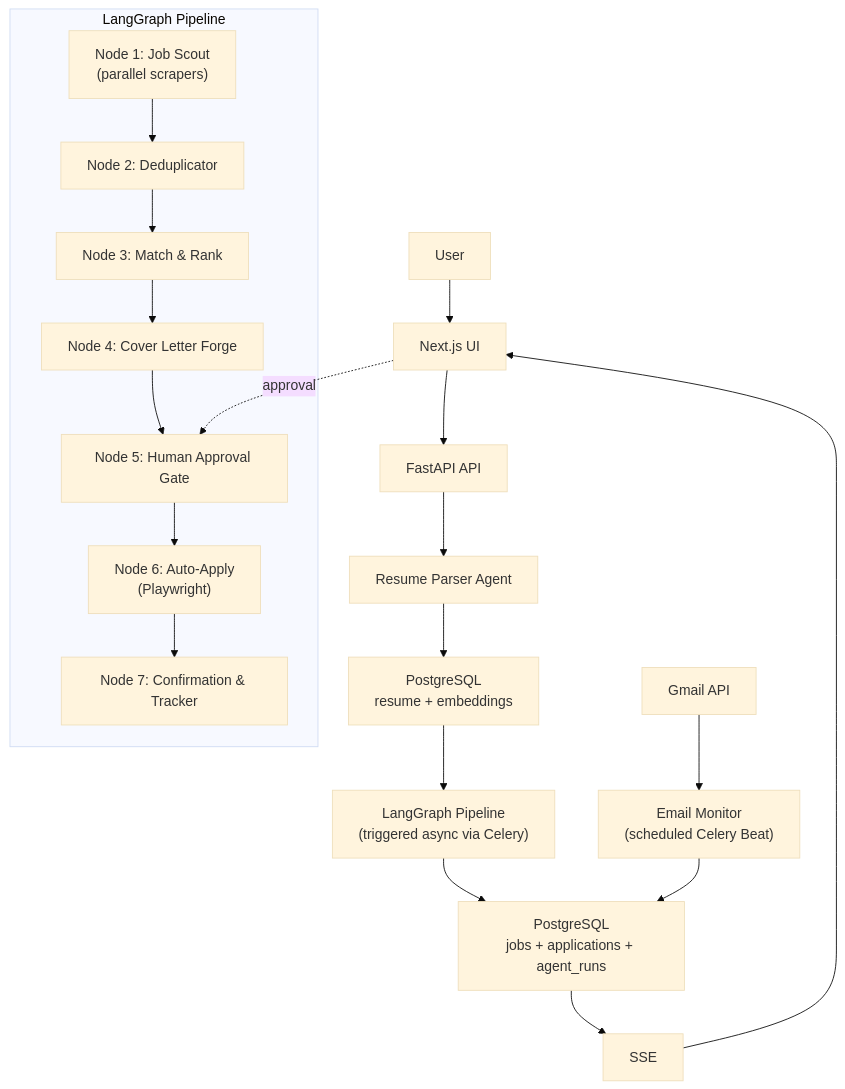
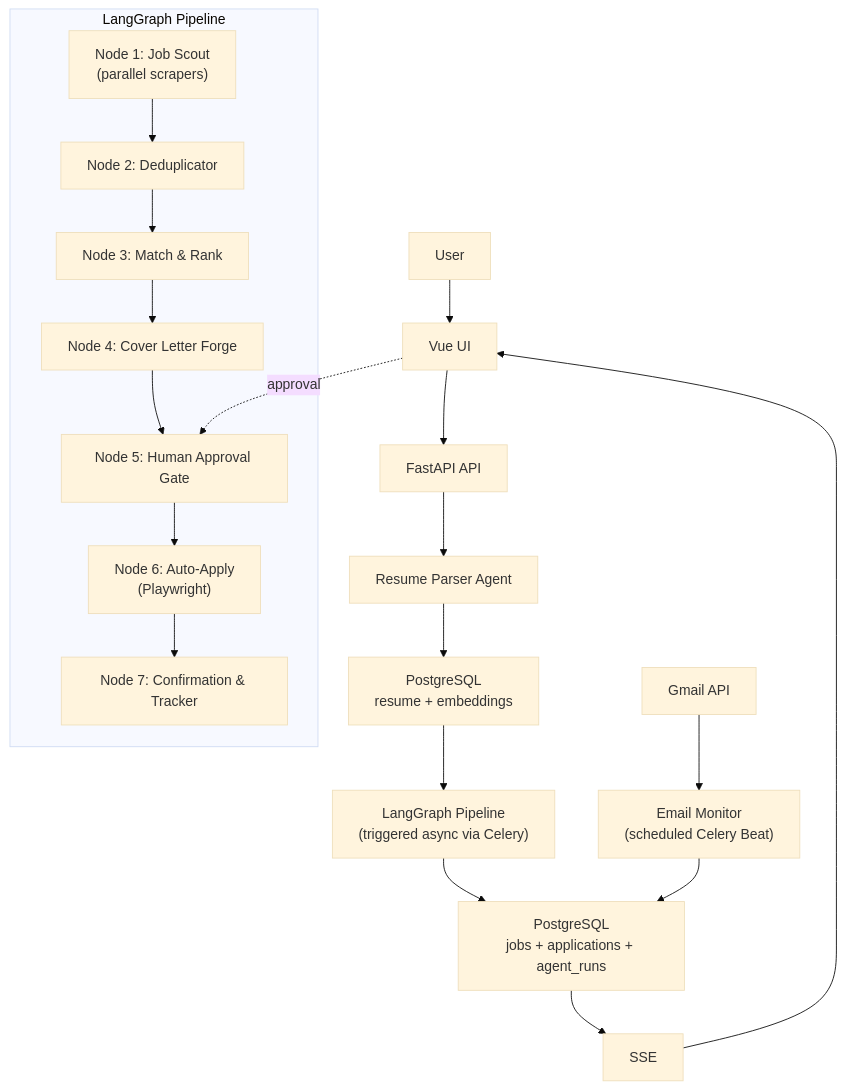
One commit to Aditya-Kumar-Sahu/applyIQ changed the diagram in README.md. Above: the diagram before and after it, drawn with Mermaid (base theme). The commit also changed other lines of this file and 19 other files, not shown here.

````diff
--- a/README.md
+++ b/README.md
@@ -70,26 +70,26 @@
 ```mermaid
 flowchart TD
-    U["User"] --> UI["Next.js UI"]
+    U["User"] --> UI["Vue UI"]
     UI --> API["FastAPI API"]
     API --> RPA["Resume Parser Agent"]
     RPA --> DB1["PostgreSQL<br/>resume + embeddings"]
     DB1 --> LP["LangGraph Pipeline<br/>(triggered async via Celery)"]
 
     subgraph PIPE["LangGraph Pipeline"]
         N1["Node 1: Job Scout<br/>(parallel scrapers)"]
         N2["Node 2: Deduplicator"]
         N3["Node 3: Match & Rank"]
         N4["Node 4: Cover Letter Forge"]
         N5["Node 5: Human Approval Gate"]
         N6["Node 6: Auto-Apply<br/>(Playwright)"]
         N7["Node 7: Confirmation & Tracker"]
         N1 --> N2 --> N3 --> N4 --> N5 --> N6 --> N7
     end
 
     LP --> DB2["PostgreSQL<br/>jobs + applications + agent_runs"]
     DB2 --> SSE["SSE"]
     SSE --> UI
     UI -. approval .-> N5
     GM["Gmail API"] --> EM["Email Monitor<br/>(scheduled Celery Beat)"]
     EM --> DB2
 ```
````
